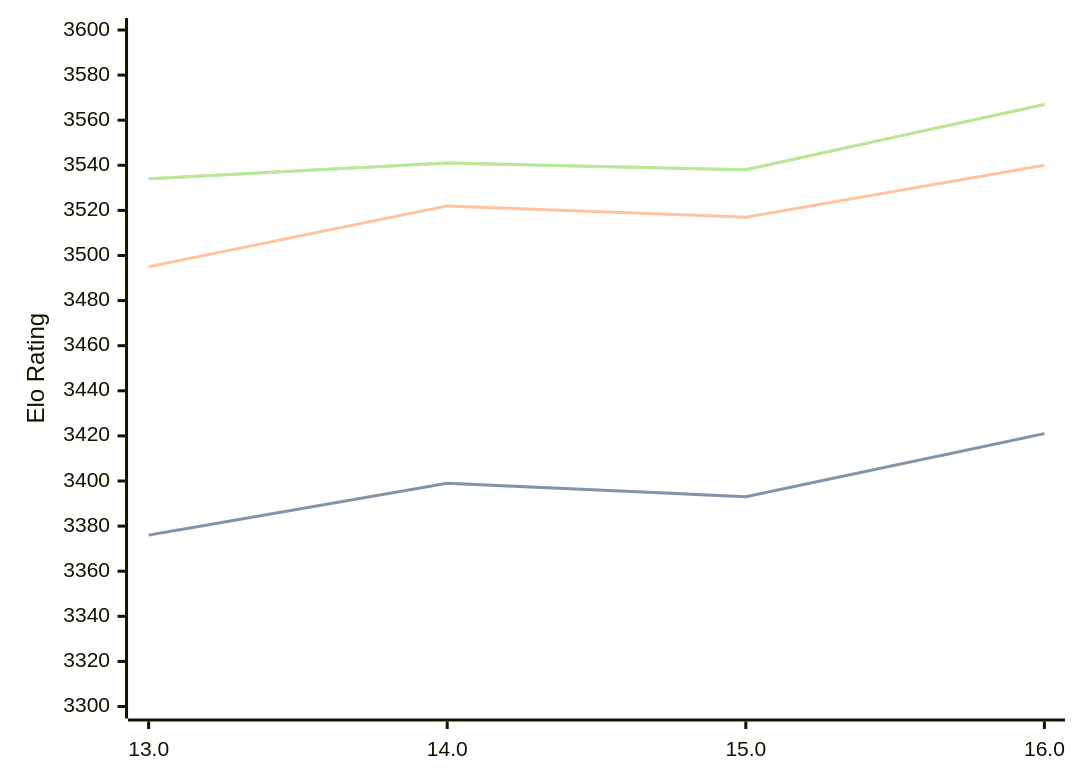
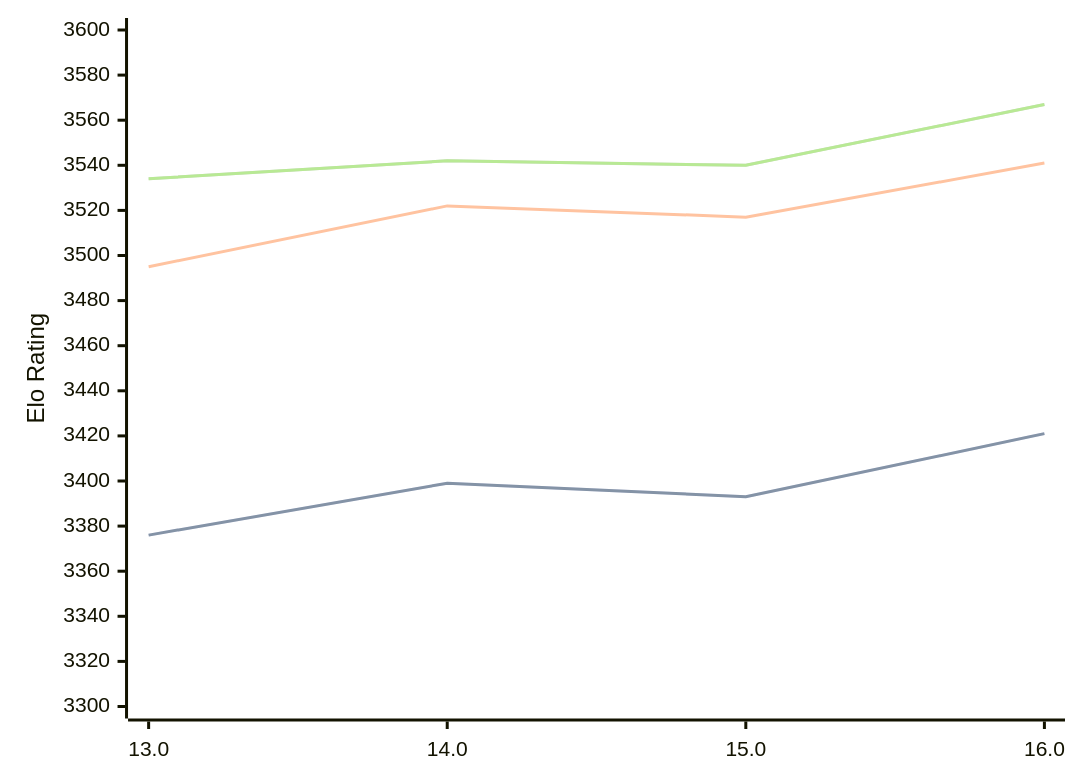
The first of 3 diagrams in engines/Obsidian.md (computer-chess-index/cci), drawn with Mermaid before and after one commit. The commit also changed other lines of this file, not shown here.

Commit message:
Update CCI Ratings (ELO VLTC) - 2026-06-16

````diff
--- a/engines/Obsidian.md
+++ b/engines/Obsidian.md
@@ -43,11 +43,11 @@
 ```mermaid
 %%{init: {"theme":"base","themeVariables":{"seriesColors:['#a3a3a3','#222221','#faa371']}}}%%
 xychart-beta
   x-axis ["13.0", "14.0", "15.0", "16.0"]
   y-axis "Elo Rating" 3300 --> 3600
   line "STC (8.0+0.08s)" [3376, 3399, 3393, 3421]
   line "STC (8.0+0.08s)" [3376, 3399, 3393, 3421]
-  line "LTC (60.0+0.60s)" [3495, 3522, 3517, 3540]
-  line "VLTC (2m24s+1.12s)" [3534, 3541, 3538, 3567]
-  line "VLTC (2m24s+1.12s)" [3534, 3541, 3538, 3567]
+  line "LTC (60.0+0.60s)" [3495, 3522, 3517, 3541]
+  line "VLTC (2m24s+1.12s)" [3534, 3542, 3540, 3567]
+  line "VLTC (2m24s+1.12s)" [3534, 3542, 3540, 3567]
 ```
````
